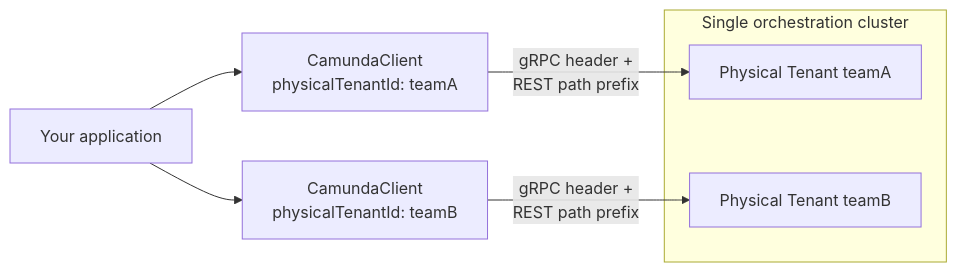
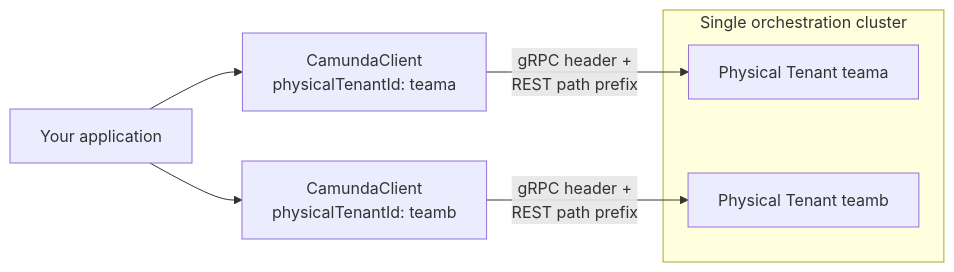
One commit to camunda/camunda-docs changed the diagram in docs/apis-tools/java-client/physical-tenants.md. Above: the diagram before and after it, drawn with Mermaid. The commit also changed other lines of this file and 2 other files, not shown here.

````diff
--- a/docs/apis-tools/java-client/physical-tenants.md
+++ b/docs/apis-tools/java-client/physical-tenants.md
@@ -62,15 +74,15 @@
 ```mermaid
 graph LR
     app["Your application"]
 
-    app --> clientA["CamundaClient\nphysicalTenantId: teamA"]
-    app --> clientB["CamundaClient\nphysicalTenantId: teamB"]
+    app --> clientA["CamundaClient\nphysicalTenantId: teama"]
+    app --> clientB["CamundaClient\nphysicalTenantId: teamb"]
 
     subgraph cluster["Single orchestration cluster"]
-        teamA["Physical Tenant teamA"]
-        teamB["Physical Tenant teamB"]
+        teama["Physical Tenant teama"]
+        teamb["Physical Tenant teamb"]
     end
 
-    clientA -->|"gRPC header +\nREST path prefix"| teamA
-    clientB -->|"gRPC header +\nREST path prefix"| teamB
+    clientA -->|"gRPC header +\nREST path prefix"| teama
+    clientB -->|"gRPC header +\nREST path prefix"| teamb
 ```
````
